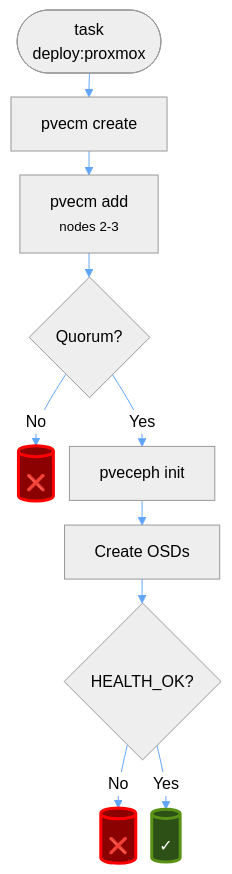
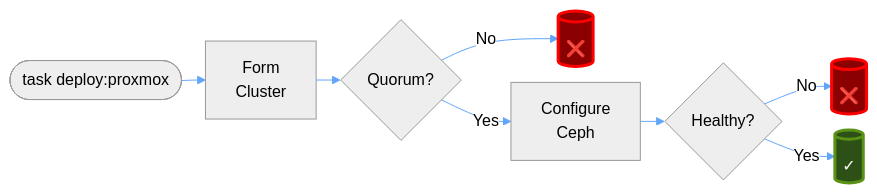
The fifth of 18 diagrams in docs/ARCHITECTURE-DIAGRAMS.md (syscode-labs/oci-free-tier-manager), drawn with Mermaid before and after one commit. The commit also changed other lines of this file, not shown here.

First line of the commit message:
refactor: simplify diagrams - condense nodes and use horizontal layout

````diff
--- a/docs/ARCHITECTURE-DIAGRAMS.md
+++ b/docs/ARCHITECTURE-DIAGRAMS.md
@@ -144,20 +139,16 @@
 ```mermaid
 %%{init: {'theme':'neutral', 'themeVariables': { 'lineColor': '#60a5fa', 'arrowheadColor': '#60a5fa' }, 'flowchart': { 'useMaxWidth': true, 'diagramPadding': 8, 'nodeSpacing': 16, 'rankSpacing': 24 } }}%%
-flowchart TB
-    Start(["task<br/>deploy:proxmox"]) --> Node1["pvecm create"]
-    Node1 --> Nodes["pvecm add<br/><small>nodes 2-3</small>"]
-    
-    Nodes --> Quorum{"Quorum?"}
-    Quorum -->|No| FailQ[("❌")]
-    Quorum -->|Yes| Ceph["pveceph init"]
-    
-    Ceph --> OSD["Create OSDs"]
-    OSD --> Health{"HEALTH_OK?"}
-    Health -->|No| FailC[("❌")]
-    Health -->|Yes| Done[("✓")]
+flowchart LR
+    Start(["task deploy:proxmox"]) --> Cluster["Form<br/>Cluster"]
+    Cluster --> Check1{"Quorum?"}
+    Check1 -->|No| Fail1[("❌")]
+    Check1 -->|Yes| Ceph["Configure<br/>Ceph"]
+    Ceph --> Check2{"Healthy?"}
+    Check2 -->|No| Fail2[("❌")]
+    Check2 -->|Yes| Done[("✓")]
     
     classDef success fill:#2d5016,stroke:#5a9216,stroke-width:3px,color:#fff
     classDef error fill:#8b0000,stroke:#ff0000,stroke-width:3px,color:#fff
     class Done success
-    class FailQ,FailC error
+    class Fail1,Fail2 error
 ```
````
